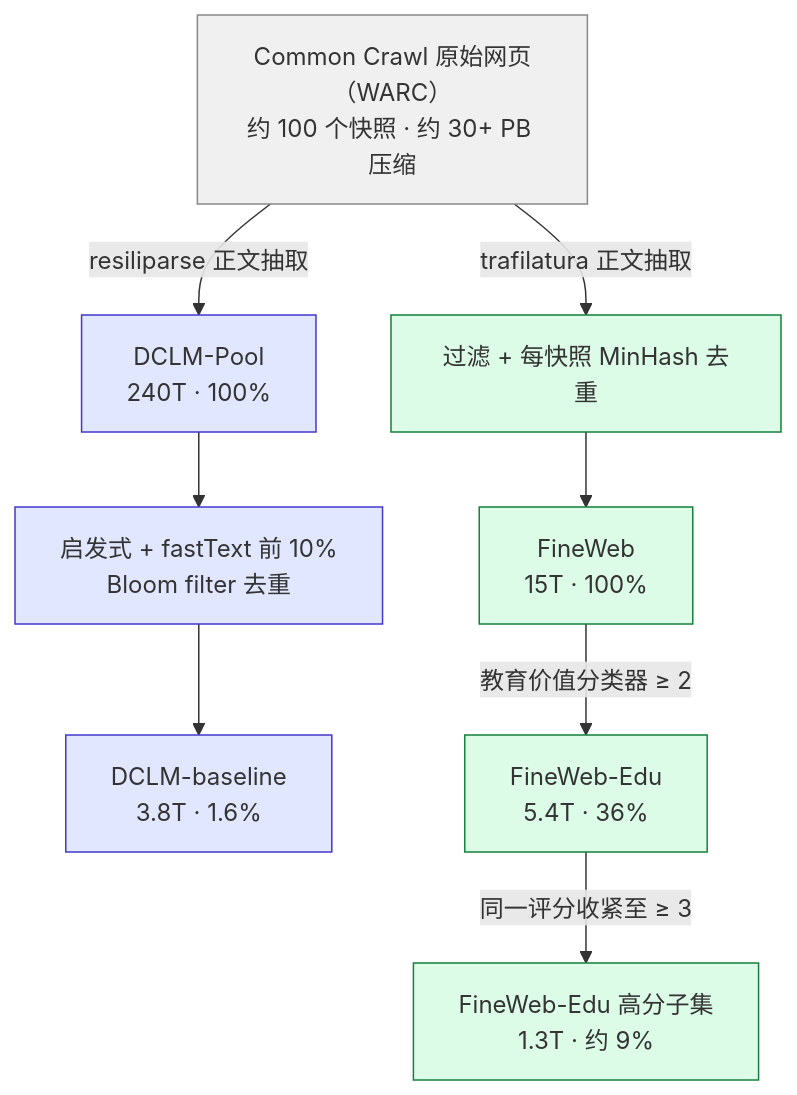
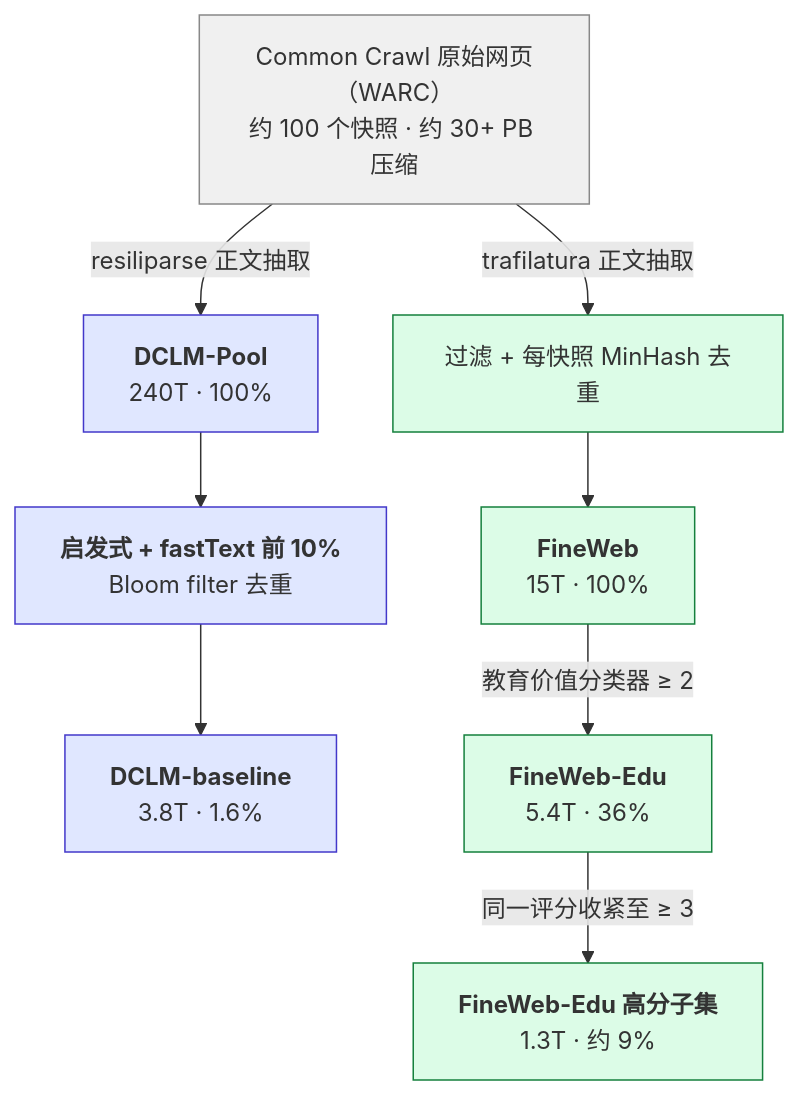
The first of 2 diagrams in _posts/2026-04-12-pretraining-data-pipeline-dedup-filtering-and-mixture.md (arganzheng/arganzheng.github.com), drawn with Mermaid before and after one commit. The commit also changed other lines of this file and 5 other files, not shown here.

First line of the commit message:
预训练：从 tokenizer 到训练配方：Mermaid 多行方框的首行标为标题（6 篇）

````diff
--- a/_posts/2026-04-12-pretraining-data-pipeline-dedup-filtering-and-mixture.md
+++ b/_posts/2026-04-12-pretraining-data-pipeline-dedup-filtering-and-mixture.md
@@ -25,19 +25,19 @@
 ```mermaid
 %% 图：Common Crawl 到 DCLM / FineWeb 的两条分支与量级
 flowchart TB
     CC["Common Crawl 原始网页（WARC）<br/>约 100 个快照 · 约 30+ PB 压缩"]
-    CC -->|resiliparse 正文抽取| DP["DCLM-Pool<br/>240T · 100%"]
+    CC -->|resiliparse 正文抽取| DP["<b>DCLM-Pool</b><br/>240T · 100%"]
     CC -->|trafilatura 正文抽取| FH["过滤 + 每快照 MinHash 去重"]
-    DP --> DF["启发式 + fastText 前 10%<br/>Bloom filter 去重"]
-    DF --> DB["DCLM-baseline<br/>3.8T · 1.6%"]
-    FH --> FW["FineWeb<br/>15T · 100%"]
-    FW -->|教育价值分类器 ≥ 2| E2["FineWeb-Edu<br/>5.4T · 36%"]
-    E2 -->|同一评分收紧至 ≥ 3| E3["FineWeb-Edu 高分子集<br/>1.3T · 约 9%"]
+    DP --> DF["<b>启发式 + fastText 前 10%</b><br/>Bloom filter 去重"]
+    DF --> DB["<b>DCLM-baseline</b><br/>3.8T · 1.6%"]
+    FH --> FW["<b>FineWeb</b><br/>15T · 100%"]
+    FW -->|教育价值分类器 ≥ 2| E2["<b>FineWeb-Edu</b><br/>5.4T · 36%"]
+    E2 -->|同一评分收紧至 ≥ 3| E3["<b>FineWeb-Edu 高分子集</b><br/>1.3T · 约 9%"]
 
     classDef base fill:#f0f0f0,stroke:#888;
     classDef dclm fill:#e0e7ff,stroke:#4338ca;
     classDef fineweb fill:#dcfce7,stroke:#15803d;
     class CC base;
     class DP,DF,DB dclm;
     class FH,FW,E2,E3 fineweb;
 ```
````
